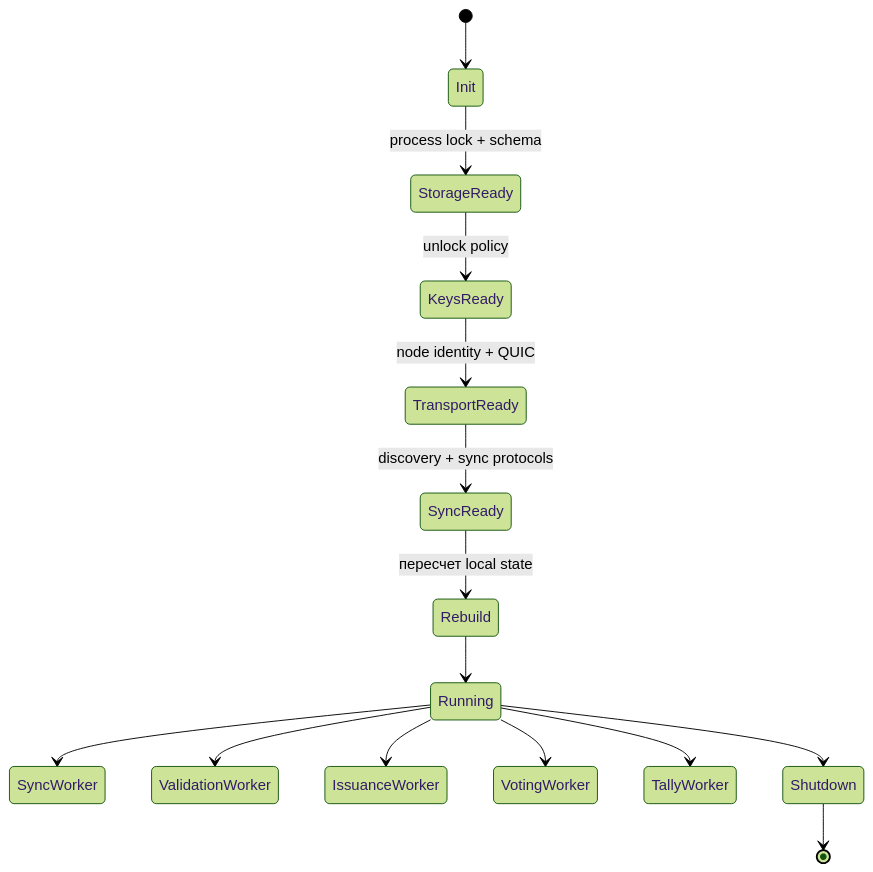
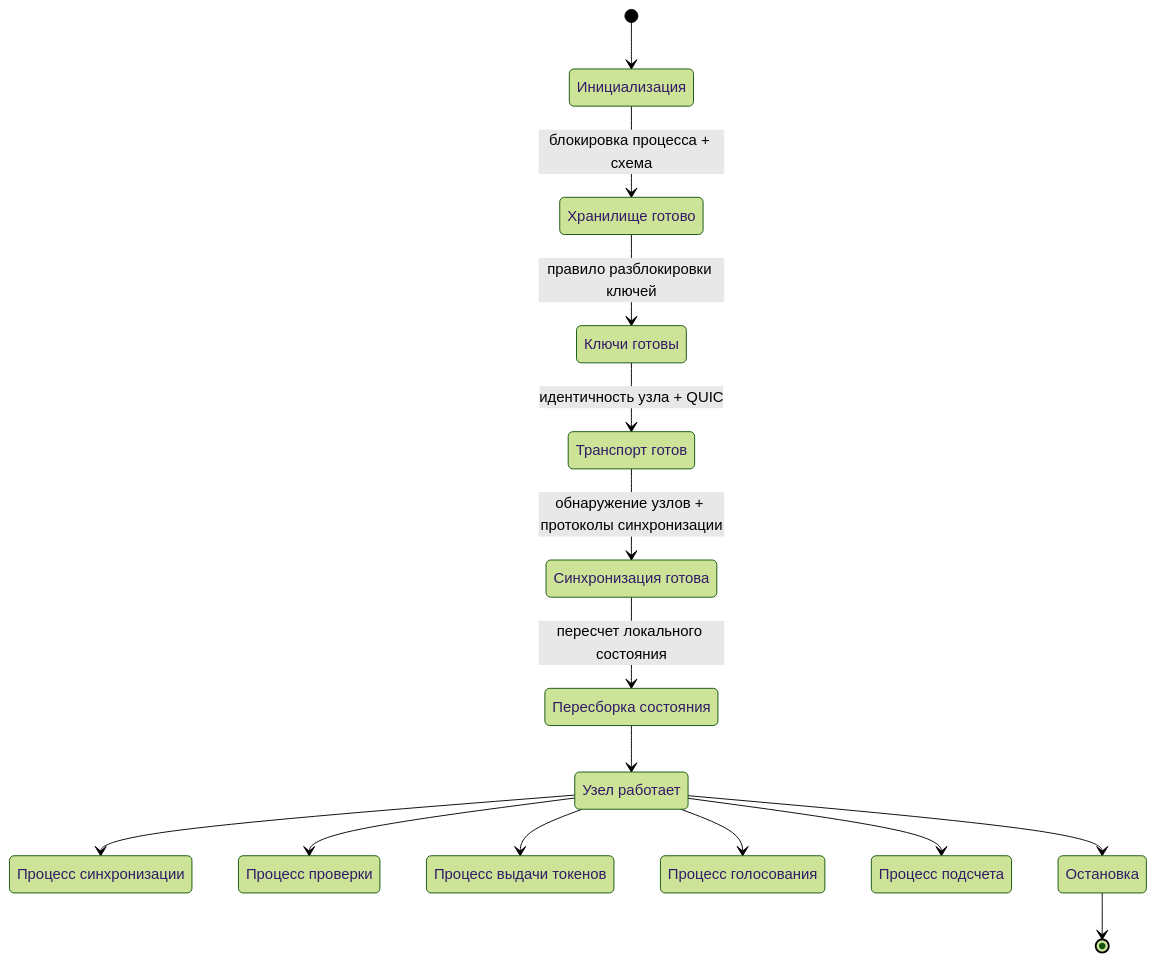
The fourth of 17 diagrams in librevote-presentation-ru.md (arshtanko/librevote), drawn with Mermaid (forest theme) before and after one commit. The commit also changed other lines of this file, not shown here.

````diff
--- a/librevote-presentation-ru.md
+++ b/librevote-presentation-ru.md
@@ -109,18 +121,32 @@
 ```mermaid
 stateDiagram-v2
+  Init: Инициализация
+  StorageReady: Хранилище готово
+  KeysReady: Ключи готовы
+  TransportReady: Транспорт готов
+  SyncReady: Синхронизация готова
+  Rebuild: Пересборка состояния
+  Running: Узел работает
+  SyncWorker: Процесс синхронизации
+  ValidationWorker: Процесс проверки
+  IssuanceWorker: Процесс выдачи токенов
+  VotingWorker: Процесс голосования
+  TallyWorker: Процесс подсчета
+  Shutdown: Остановка
+
   [*] --> Init
-  Init --> StorageReady: process lock + schema
-  StorageReady --> KeysReady: unlock policy
-  KeysReady --> TransportReady: node identity + QUIC
-  TransportReady --> SyncReady: discovery + sync protocols
-  SyncReady --> Rebuild: пересчет local state
+  Init --> StorageReady: блокировка процесса + схема
+  StorageReady --> KeysReady: правило разблокировки ключей
+  KeysReady --> TransportReady: идентичность узла + QUIC
+  TransportReady --> SyncReady: обнаружение узлов + протоколы синхронизации
+  SyncReady --> Rebuild: пересчет локального состояния
   Rebuild --> Running
 
   Running --> SyncWorker
   Running --> ValidationWorker
   Running --> IssuanceWorker
   Running --> VotingWorker
   Running --> TallyWorker
   Running --> Shutdown
   Shutdown --> [*]
 ```
````
